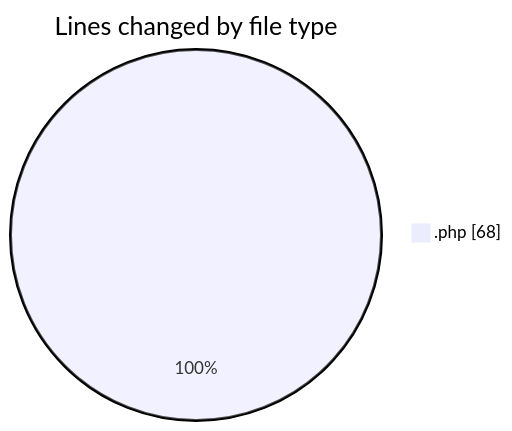
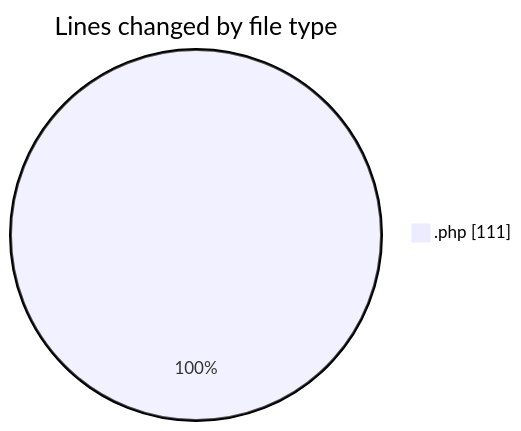
The first of 2 diagrams in 2025-10-08/url-shortener/README.md (Ritupan-Deka/code-tracking), drawn with Mermaid before and after one commit. The commit also changed other lines of this file and 1 other file, not shown here.

````diff
--- a/2025-10-08/url-shortener/README.md
+++ b/2025-10-08/url-shortener/README.md
@@ -20,5 +21,5 @@
 ```mermaid
 pie showData
 title Lines changed by file type
-".php" : 68
+".php" : 111
 ```
````
